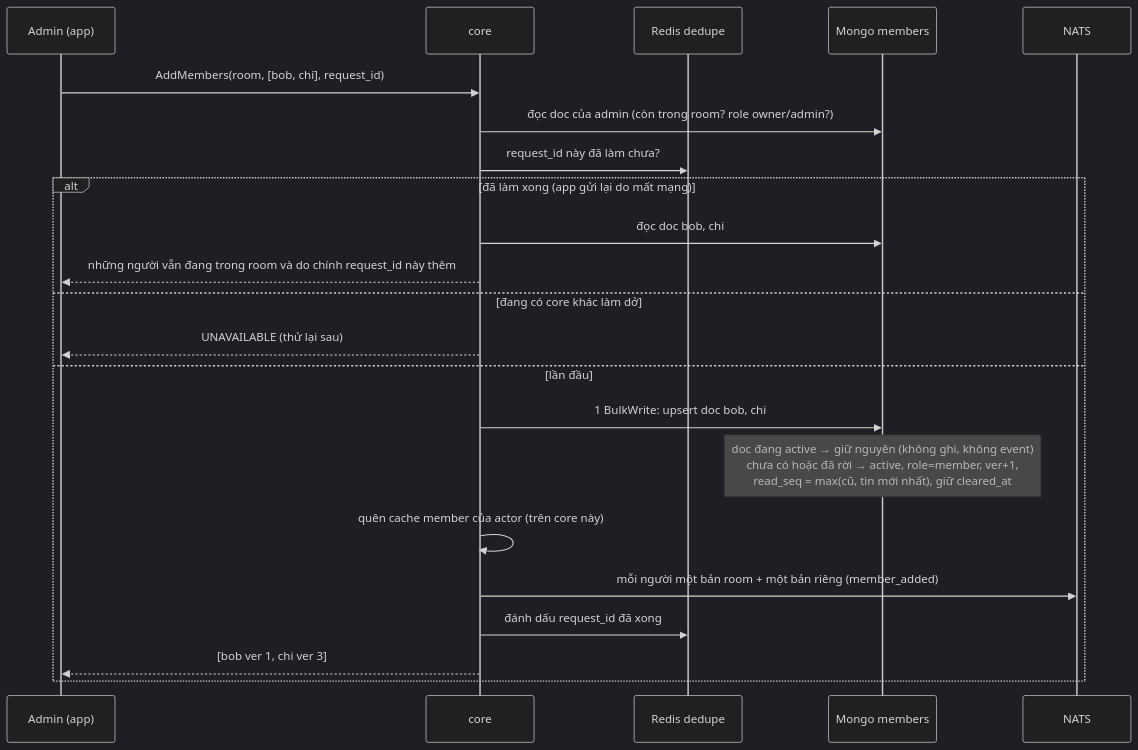
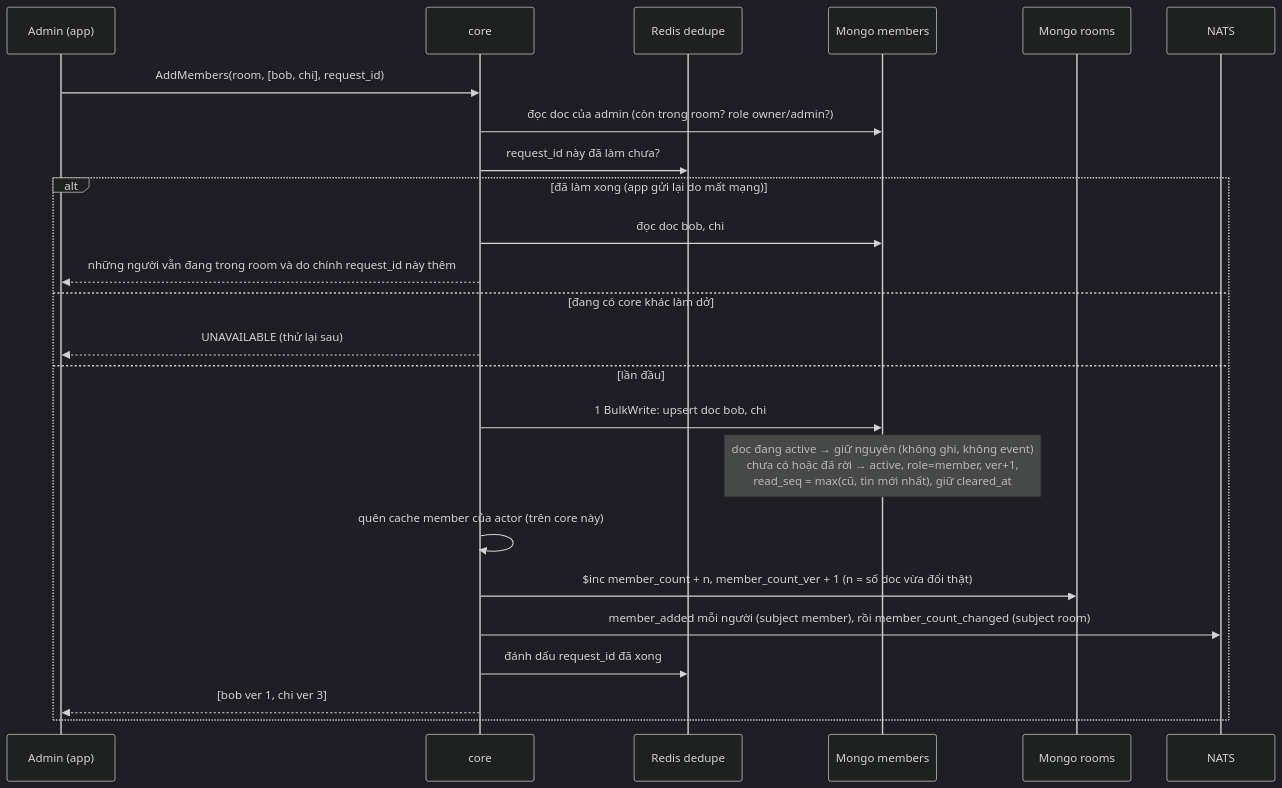
One commit to ivannguyendev/chatim changed the second of 4 diagrams in docs/plans/2026-10-06-m2b4-members-read-summary.md. Above: the diagram before and after it, drawn with Mermaid (dark theme). The commit also changed other lines of this file and 5 other files, not shown here.

First line of the commit message:
docs: plan M2b.4 as code-free tasks with an incremented member count and data subjects

````diff
--- a/docs/plans/2026-10-06-m2b4-members-read-summary.md
+++ b/docs/plans/2026-10-06-m2b4-members-read-summary.md
@@ -108,24 +128,26 @@
 ```mermaid
 sequenceDiagram
   participant A as Admin (app)
   participant C as core
   participant R as Redis dedupe
   participant M as Mongo members
+  participant RM as Mongo rooms
   participant N as NATS
   A->>C: AddMembers(room, [bob, chi], request_id)
   C->>M: đọc doc của admin (còn trong room? role owner/admin?)
   C->>R: request_id này đã làm chưa?
   alt đã làm xong (app gửi lại do mất mạng)
     C->>M: đọc doc bob, chi
     C-->>A: những người vẫn đang trong room và do chính request_id này thêm
   else đang có core khác làm dở
     C-->>A: UNAVAILABLE (thử lại sau)
   else lần đầu
     C->>M: 1 BulkWrite: upsert doc bob, chi
     Note over M: doc đang active → giữ nguyên (không ghi, không event)<br/>chưa có hoặc đã rời → active, role=member, ver+1,<br/>read_seq = max(cũ, tin mới nhất), giữ cleared_at
     C->>C: quên cache member của actor (trên core này)
-    C->>N: mỗi người một bản room + một bản riêng (member_added)
+    C->>RM: $inc member_count + n, member_count_ver + 1 (n = số doc vừa đổi thật)
+    C->>N: member_added mỗi người (subject member), rồi member_count_changed (subject room)
     C->>R: đánh dấu request_id đã xong
     C-->>A: [bob ver 1, chi ver 3]
   end
 ```
````
